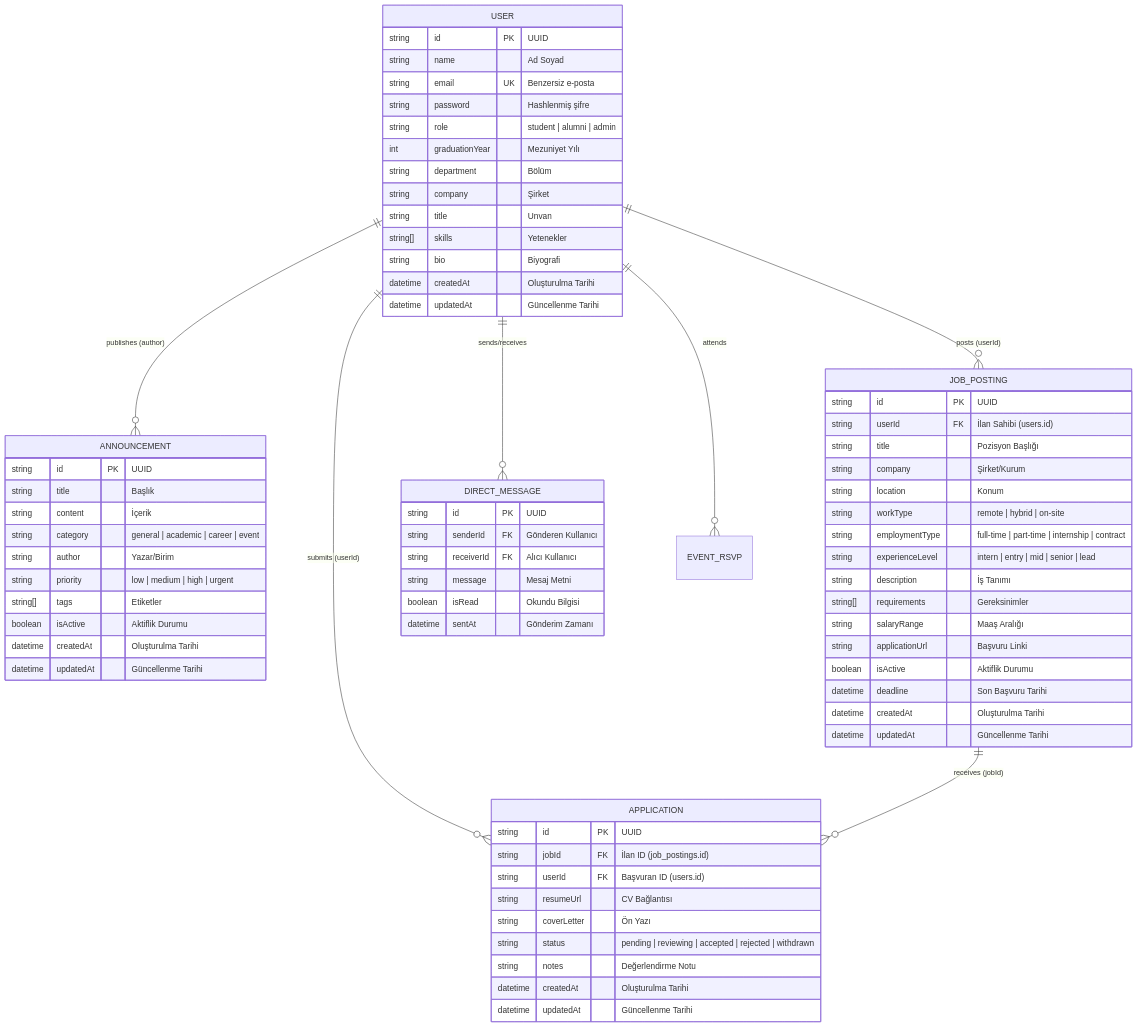
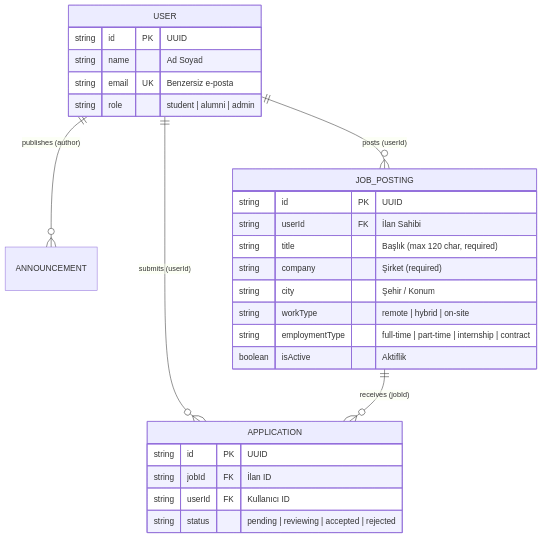
The diagram in ddd.md (sefeturan/alumni), drawn with Mermaid before and after one commit. The commit also changed other lines of this file and 11 other files, not shown here.

````diff
--- a/ddd.md
+++ b/ddd.md
@@ -177,78 +118,32 @@
 ```mermaid
 erDiagram
     USER ||--o{ ANNOUNCEMENT : "publishes (author)"
     USER ||--o{ JOB_POSTING : "posts (userId)"
     USER ||--o{ APPLICATION : "submits (userId)"
     JOB_POSTING ||--o{ APPLICATION : "receives (jobId)"
-    USER ||--o{ DIRECT_MESSAGE : "sends/receives"
-    USER ||--o{ EVENT_RSVP : "attends"
 
     USER {
         string id PK "UUID"
         string name "Ad Soyad"
         string email UK "Benzersiz e-posta"
-        string password "Hashlenmiş şifre"
         string role "student | alumni | admin"
-        int graduationYear "Mezuniyet Yılı"
-        string department "Bölüm"
-        string company "Şirket"
-        string title "Unvan"
-        string[] skills "Yetenekler"
-        string bio "Biyografi"
-        datetime createdAt "Oluşturulma Tarihi"
-        datetime updatedAt "Güncellenme Tarihi"
-    }
-
-    ANNOUNCEMENT {
-        string id PK "UUID"
-        string title "Başlık"
-        string content "İçerik"
-        string category "general | academic | career | event"
-        string author "Yazar/Birim"
-        string priority "low | medium | high | urgent"
-        string[] tags "Etiketler"
-        boolean isActive "Aktiflik Durumu"
-        datetime createdAt "Oluşturulma Tarihi"
-        datetime updatedAt "Güncellenme Tarihi"
     }
 
     JOB_POSTING {
         string id PK "UUID"
-        string userId FK "İlan Sahibi (users.id)"
-        string title "Pozisyon Başlığı"
-        string company "Şirket/Kurum"
-        string location "Konum"
+        string userId FK "İlan Sahibi"
+        string title "Başlık (max 120 char, required)"
+        string company "Şirket (required)"
+        string city "Şehir / Konum"
         string workType "remote | hybrid | on-site"
         string employmentType "full-time | part-time | internship | contract"
-        string experienceLevel "intern | entry | mid | senior | lead"
-        string description "İş Tanımı"
-        string[] requirements "Gereksinimler"
-        string salaryRange "Maaş Aralığı"
-        string applicationUrl "Başvuru Linki"
-        boolean isActive "Aktiflik Durumu"
-        datetime deadline "Son Başvuru Tarihi"
-        datetime createdAt "Oluşturulma Tarihi"
-        datetime updatedAt "Güncellenme Tarihi"
+        boolean isActive "Aktiflik"
     }
 
     APPLICATION {
         string id PK "UUID"
-        string jobId FK "İlan ID (job_postings.id)"
-        string userId FK "Başvuran ID (users.id)"
-        string resumeUrl "CV Bağlantısı"
-        string coverLetter "Ön Yazı"
-        string status "pending | reviewing | accepted | rejected | withdrawn"
-        string notes "Değerlendirme Notu"
-        datetime createdAt "Oluşturulma Tarihi"
-        datetime updatedAt "Güncellenme Tarihi"
-    }
-
-    DIRECT_MESSAGE {
-        string id PK "UUID"
-        string senderId FK "Gönderen Kullanıcı"
-        string receiverId FK "Alıcı Kullanıcı"
-        string message "Mesaj Metni"
-        boolean isRead "Okundu Bilgisi"
-        datetime sentAt "Gönderim Zamanı"
+        string jobId FK "İlan ID"
+        string userId FK "Kullanıcı ID"
+        string status "pending | reviewing | accepted | rejected"
     }
 ```
````
